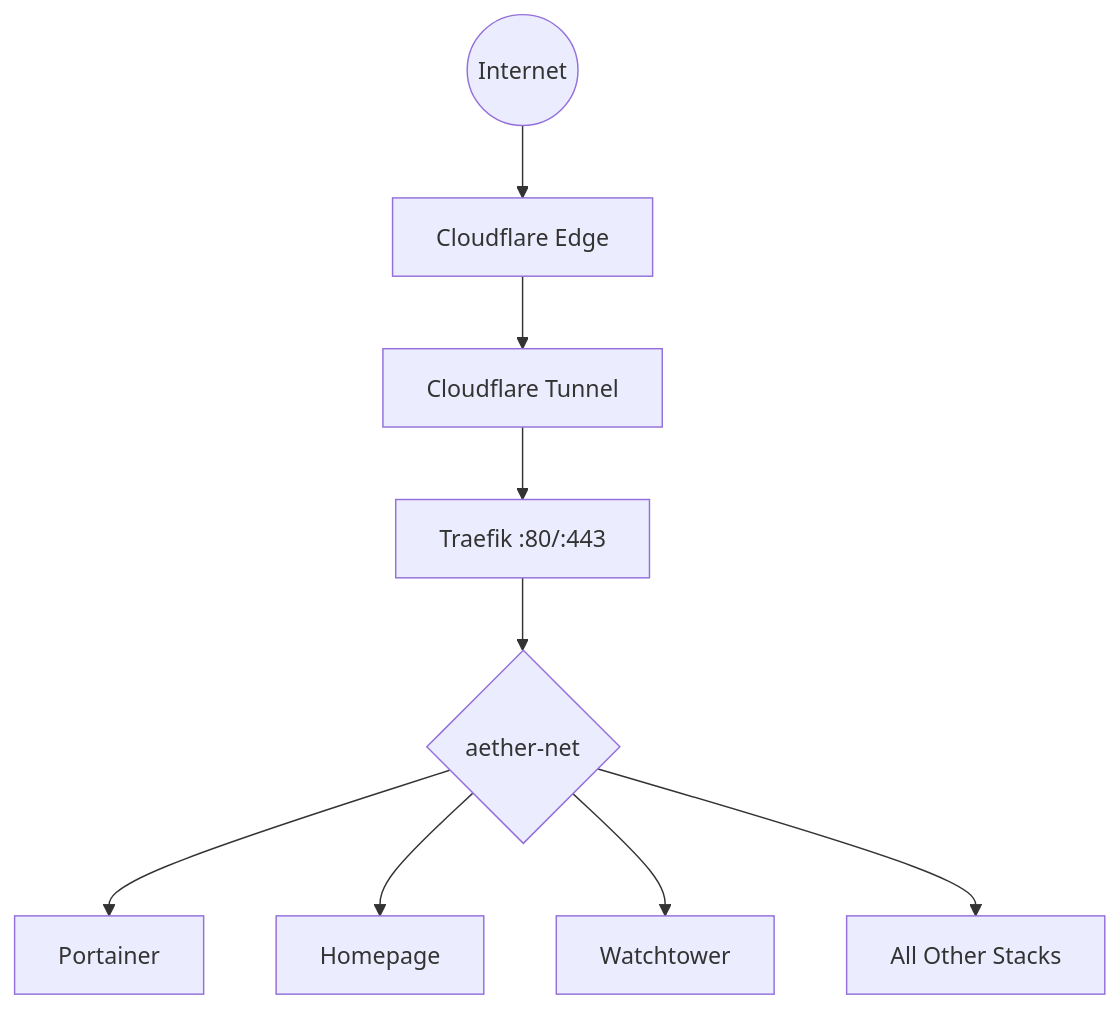
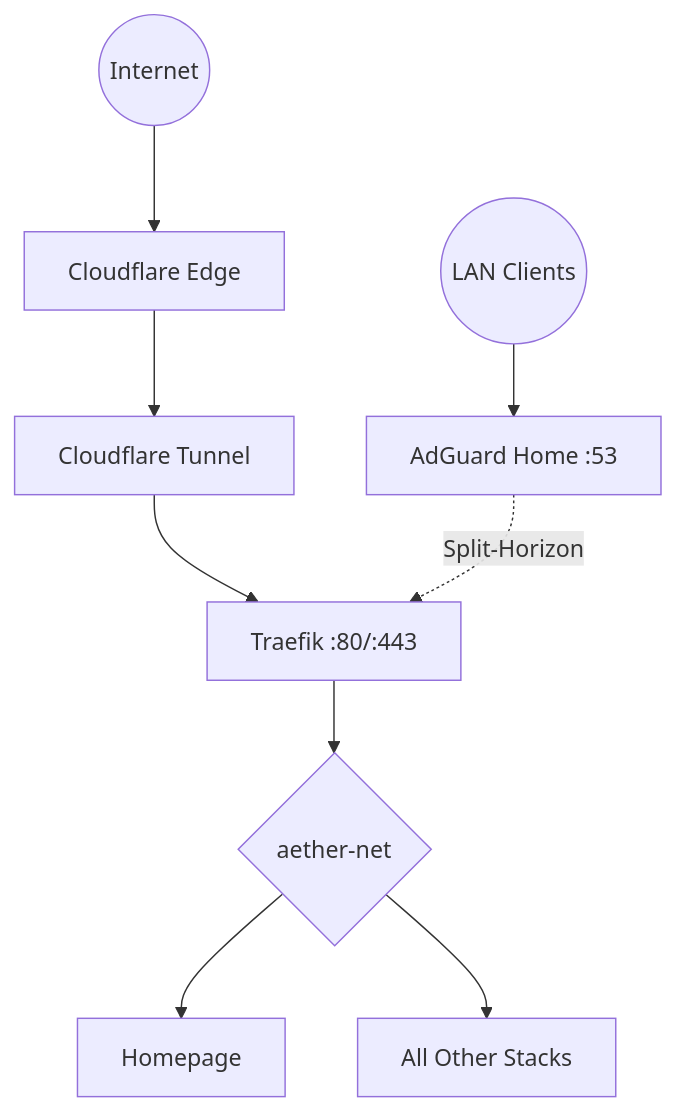
The diagram in README.md (yggdrasil-lab/olympus), drawn with Mermaid before and after one commit. The commit also changed other lines of this file and 1 other file, not shown here.

Commit message:
chore(olympus): remove portainer, watchtower, drop port 3000, add memory limits

````diff
--- a/README.md
+++ b/README.md
@@ -7,11 +7,11 @@
 ```mermaid
 graph TD
     Internet((Internet)) --> CF[Cloudflare Edge]
     CF --> Tunnel[Cloudflare Tunnel]
     Tunnel --> Traefik[Traefik :80/:443]
+    DNS((LAN Clients)) --> AdGuard[AdGuard Home :53]
+    AdGuard -.Split-Horizon.-> Traefik
     Traefik --> Net{aether-net}
-    Net --> Portainer[Portainer]
     Net --> Homepage[Homepage]
-    Net --> Watchtower[Watchtower]
     Net --> Other[All Other Stacks]
 ```
````
